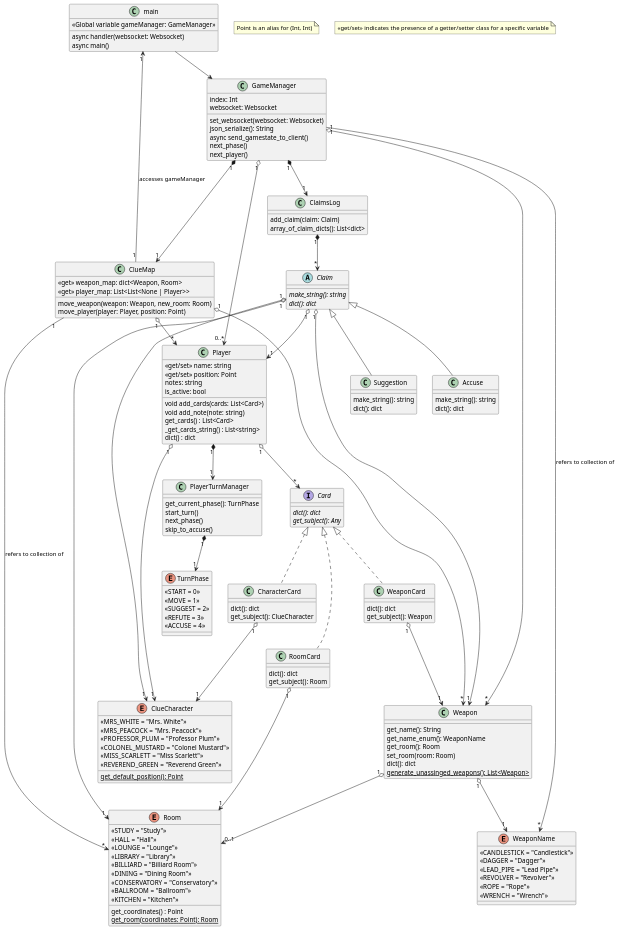
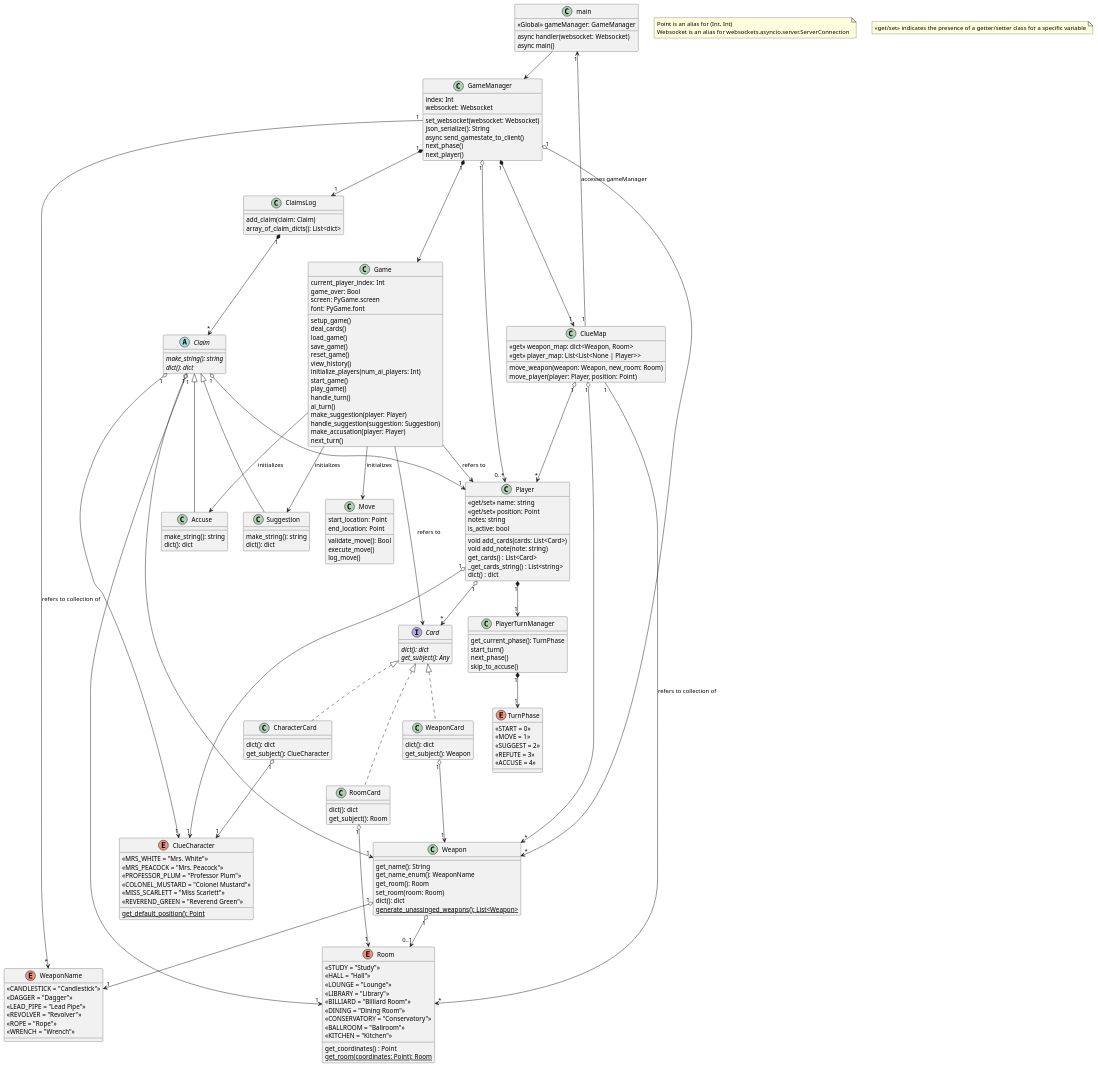
The diagram in uml diagrams/clue-less.puml (jfiorin1/clue-game-server), drawn with PlantUML before and after one commit.

Commit message:
adjustments

```diff
--- a/uml diagrams/clue-less.puml
+++ b/uml diagrams/clue-less.puml
@@ -2,7 +2,7 @@
 'https://plantuml.com/class-diagram
 
 class main {
-    <<Global variable gameManager: GameManager>>
+    <<Global>> gameManager: GameManager
     async handler(websocket: Websocket)
     async main()
 }
@@ -24,8 +24,9 @@
 GameManager "1" --> "*" WeaponName: refers to collection of
 GameManager "1" *--> "1" ClaimsLog
 GameManager "1" *--> "1" ClueMap
+GameManager "1" *--> Game
 
-note "Point is an alias for (Int, Int)" as n
+note "Point is an alias for (Int, Int)\nWebsocket is an alias for websockets.asyncio.server.ServerConnection" as n
 note "<<get/set>> indicates the presence of a getter/setter class for a specific variable" as n2
 
 class Player {
@@ -166,4 +167,40 @@
     <<ACCUSE = 4>>
 }
 
+class Game {
+    current_player_index: Int
+    game_over: Bool
+    screen: PyGame.screen
+    font: PyGame.font
+    setup_game()
+    deal_cards()
+    load_game()
+    save_game()
+    reset_game()
+    view_history()
+    initialize_players(num_ai_players: Int)
+    start_game()
+    play_game()
+    handle_turn()
+    ai_turn()
+    make_suggestion(player: Player)
+    handle_suggestion(suggestion: Suggestion)
+    make_accusation(player: Player)
+    next_turn()
+}
+
+Game --> Card: refers to
+Game --> Suggestion: initializes
+Game --> Accuse: initializes
+Game --> Player: refers to
+Game --> Move: initializes
+
+class Move {
+    start_location: Point
+    end_location: Point
+    validate_move(): Bool
+    execute_move()
+    log_move()
+}
+
 @enduml
```
